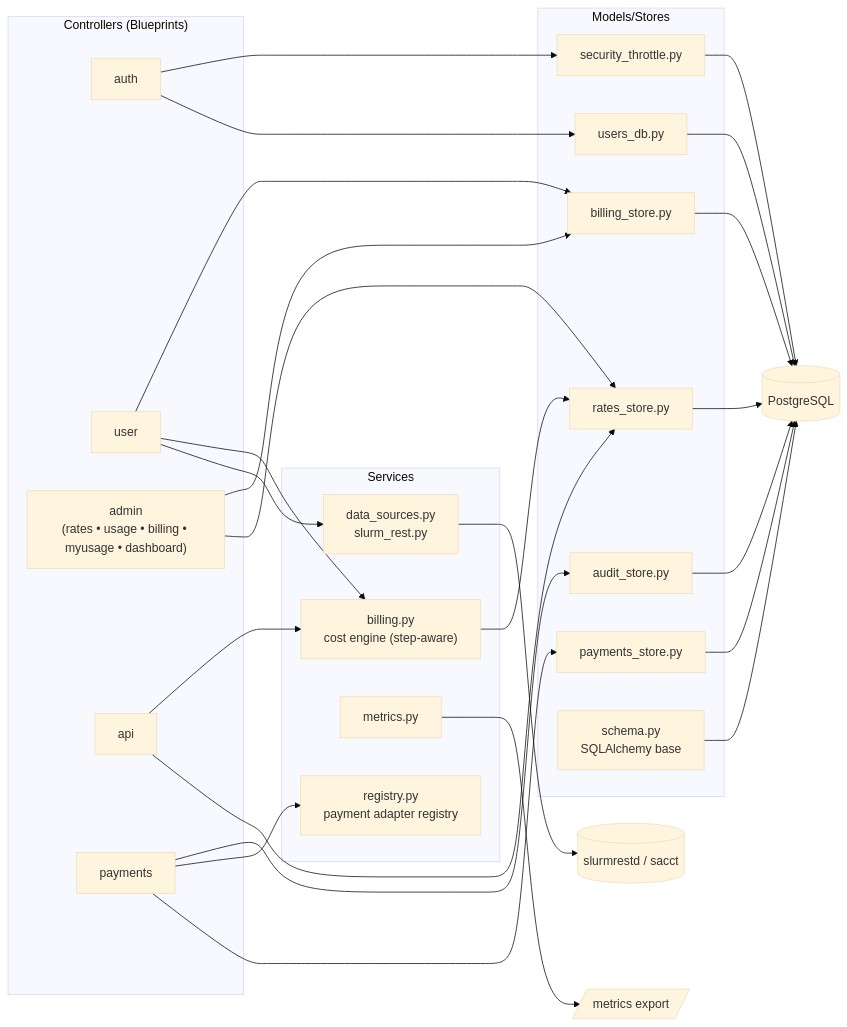
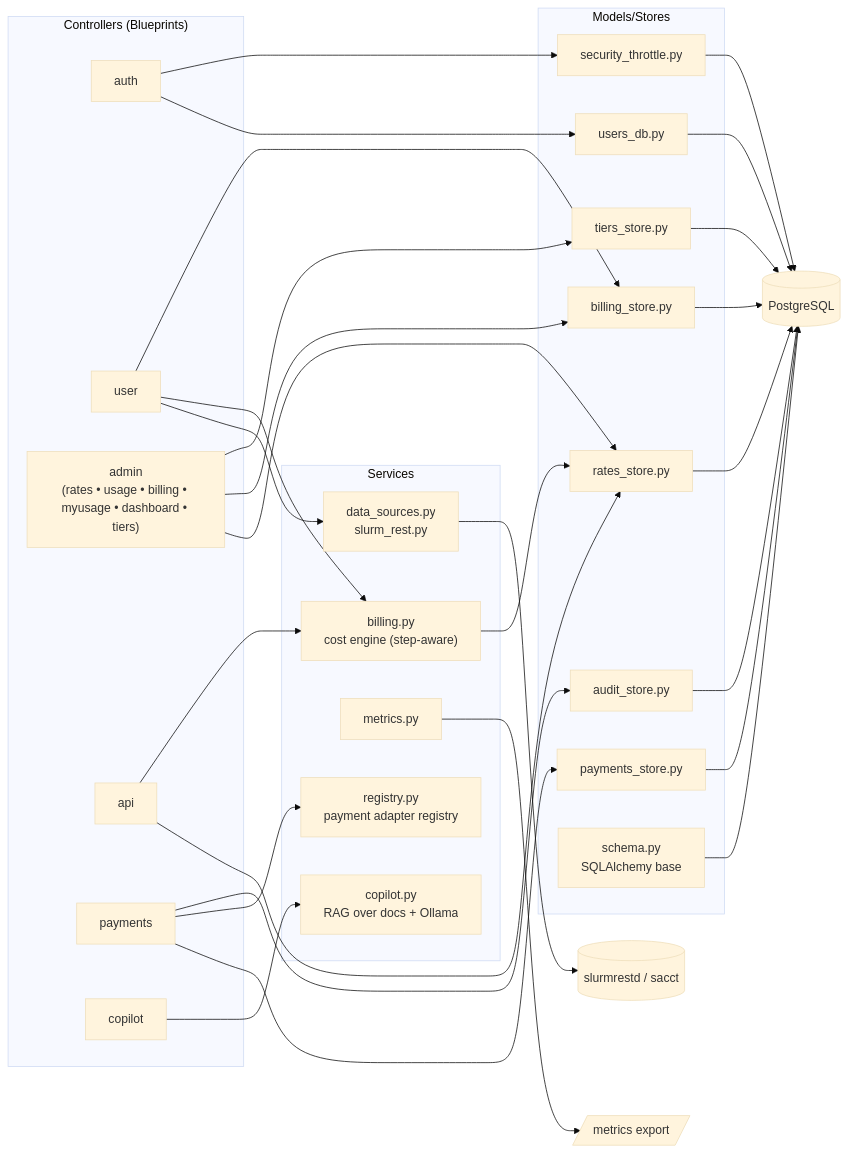
One commit to Purinat33/hpc_flask changed the third of 9 diagrams in docs/02-architecture.md. Above: the diagram before and after it, drawn with Mermaid (base theme). The commit also changed other lines of this file and 2 other files, not shown here.

````diff
--- a/docs/02-architecture.md
+++ b/docs/02-architecture.md
@@ -80,51 +86,58 @@
 ```mermaid
 graph LR
   subgraph Controllers["Controllers (Blueprints)"]
     AUTH[auth]
     USER[user]
-    ADMIN["admin<br/>(rates • usage • billing • myusage • dashboard)"]
+    ADMIN["admin<br/>(rates • usage • billing • myusage • dashboard • tiers)"]
     API[api]
     PAY[payments]
+    COP[copilot]
   end
 
   subgraph Services
     BILL["billing.py<br/>cost engine (step-aware)"]
     DS[data_sources.py<br/>slurm_rest.py]
     MET[metrics.py]
     REG[registry.py<br/>payment adapter registry]
+    RAG[copilot.py<br/>RAG over docs + Ollama]
   end
 
   subgraph Models/Stores
     USERS[users_db.py]
     RATES[rates_store.py]
     BILLING[billing_store.py]
     PAYST[payments_store.py]
     AUD[audit_store.py]
     THROT[security_throttle.py]
+    TIERS[tiers_store.py]
     SCHEMA[schema.py<br/>SQLAlchemy base]
   end
 
   AUTH --> USERS
   AUTH --> THROT
   USER --> DS
   USER --> BILL
   USER --> BILLING
   ADMIN --> RATES
   ADMIN --> BILLING
+  ADMIN --> TIERS
   PAY --> PAYST
   PAY --> REG
   PAY --> AUD
   API --> RATES
   API --> BILL
+  COP --> RAG
 
   BILL --> RATES
   DS --> Slurm[(slurmrestd / sacct)]
   SCHEMA --> DB[(PostgreSQL)]
   AUD --> DB
   THROT --> DB
+  TIERS --> DB
   RATES --> DB
   BILLING --> DB
   USERS --> DB
   PAYST --> DB
   MET --> App[/metrics export/]
+
 ```
````
